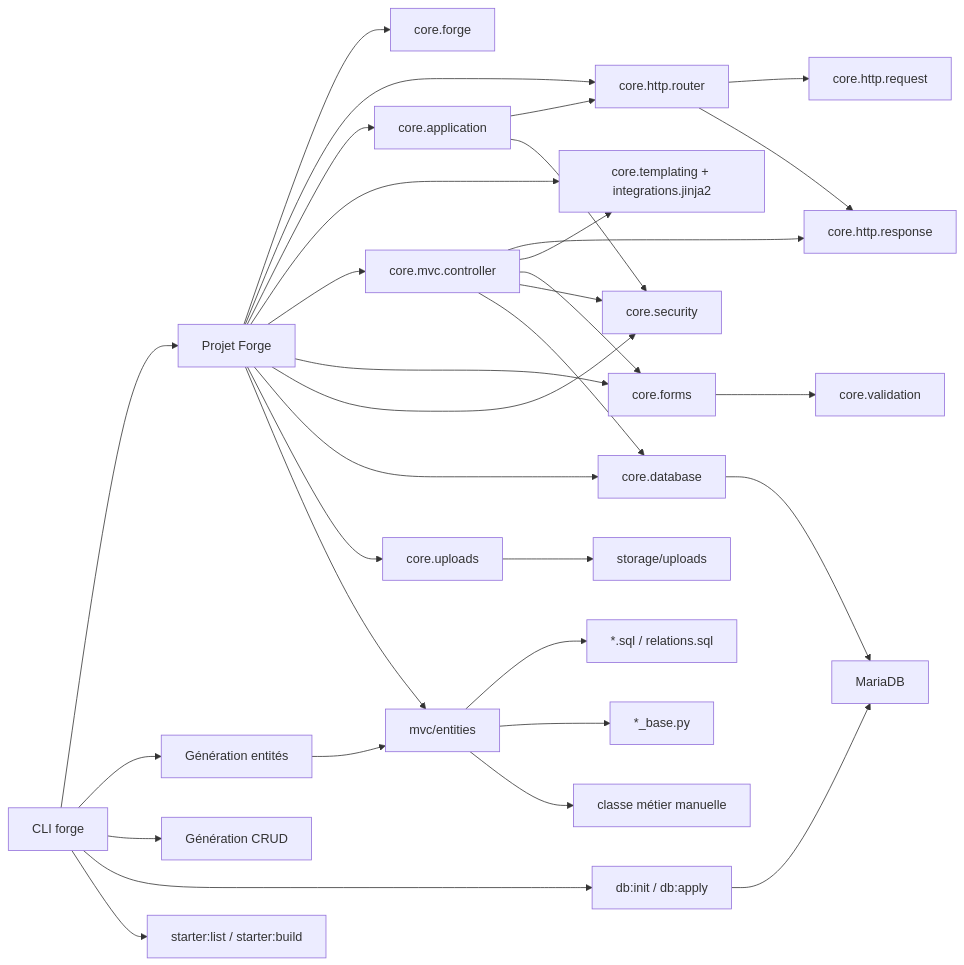
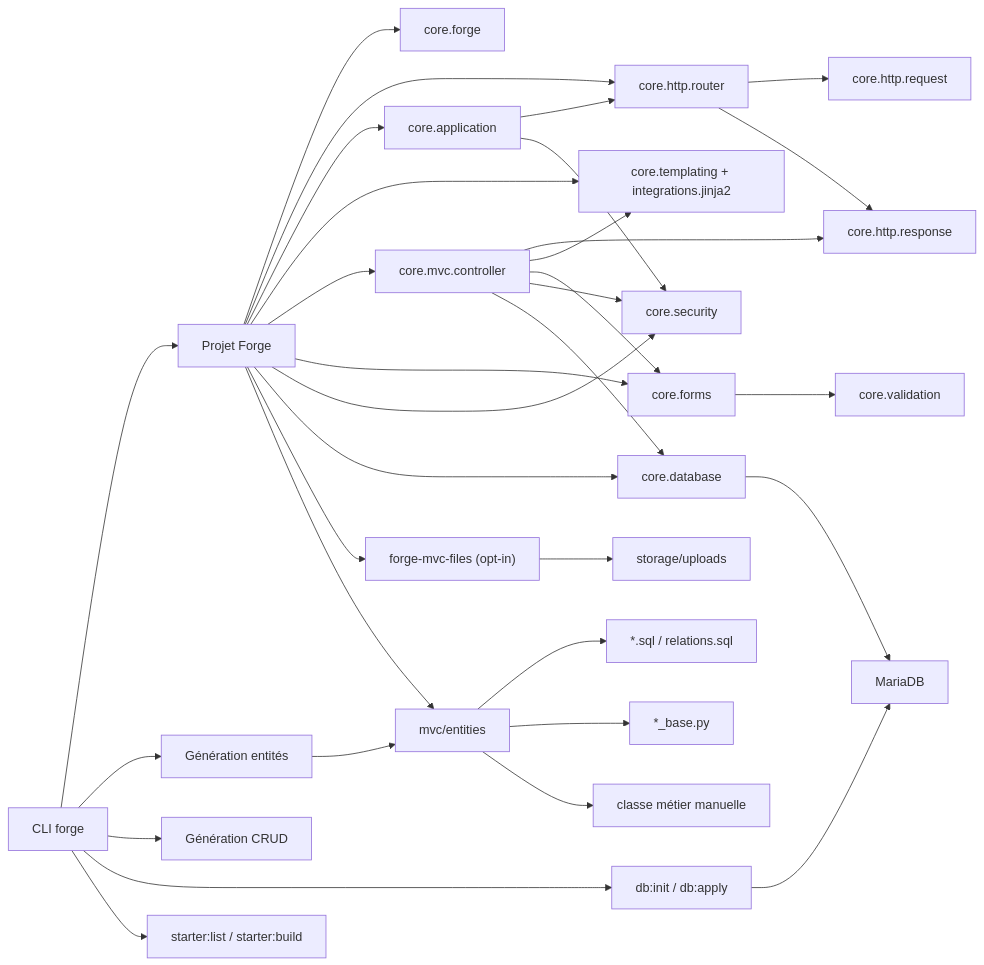
One commit to caucrogeGit/Forge changed the diagram in docs/reference/reference.md. Above: the diagram before and after it, drawn with Mermaid. The commit also changed 12 other files, not shown here.

First line of the commit message:
docs: upload presente comme opt-in forge-mvc-files (ADR-019), amendement ADR-004 + CLAUDE.md (FILES-DOCS-PERIMETER-001)

````diff
--- a/docs/reference/reference.md
+++ b/docs/reference/reference.md
@@ -19,37 +19,37 @@
 ```mermaid
 flowchart LR
     CLI["CLI forge"] --> Project["Projet Forge"]
     CLI --> EntityGen["Génération entités"]
     CLI --> CrudGen["Génération CRUD"]
     CLI --> DbTools["db:init / db:apply"]
     CLI --> Starters["starter:list / starter:build"]
 
     Project --> CoreConfig["core.forge"]
     Project --> Router["core.http.router"]
     Project --> App["core.application"]
     Project --> Templates["core.templating + integrations.jinja2"]
     Project --> Controllers["core.mvc.controller"]
     Project --> Forms["core.forms"]
     Project --> Security["core.security"]
     Project --> Database["core.database"]
-    Project --> Uploads["core.uploads"]
+    Project --> Uploads["forge-mvc-files (opt-in)"]
     Project --> Entities["mvc/entities"]
 
     App --> Router
     App --> Security
     Router --> Request["core.http.request"]
     Router --> Response["core.http.response"]
     Controllers --> Response
     Controllers --> Templates
     Controllers --> Forms
     Controllers --> Security
     Controllers --> Database
     Forms --> Validation["core.validation"]
     EntityGen --> Entities
     Entities --> GeneratedSql["*.sql / relations.sql"]
     Entities --> GeneratedBase["*_base.py"]
     Entities --> ManualClass["classe métier manuelle"]
     Database --> MariaDB["MariaDB"]
     DbTools --> MariaDB
     Uploads --> Storage["storage/uploads"]
 ```
````
